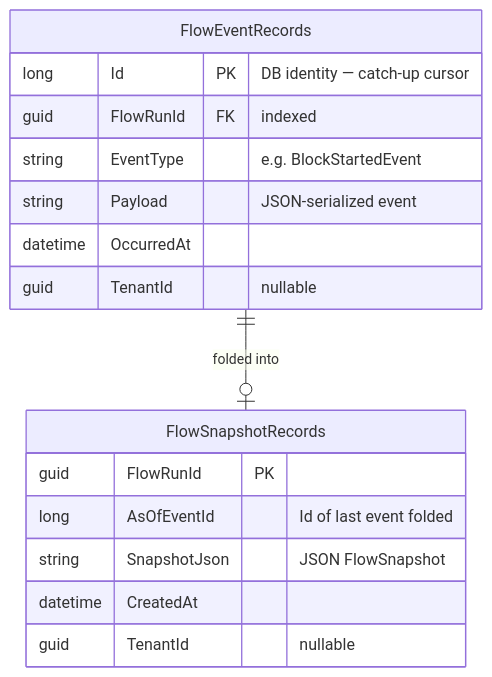
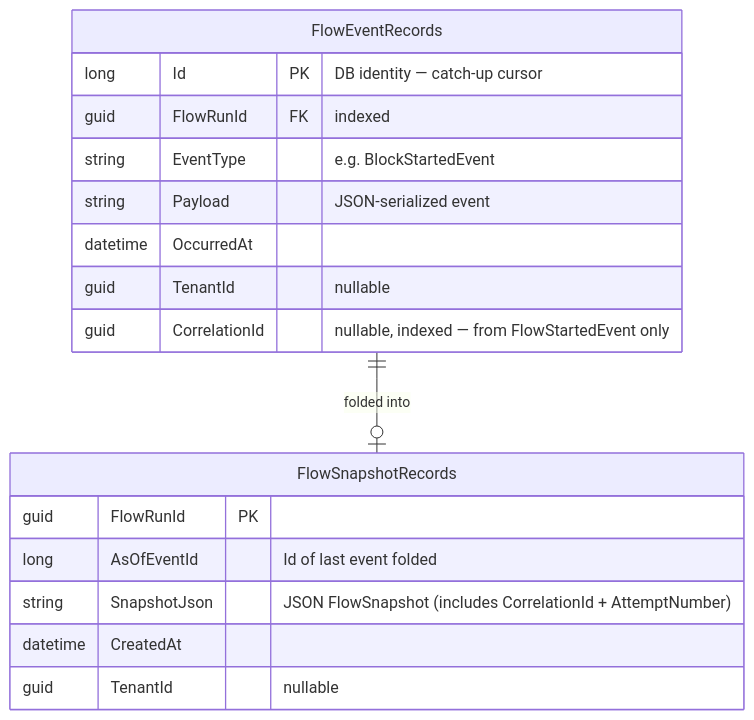
One commit to dazinator/DataFlow changed the sixth of 7 diagrams in poc/docs/design/flow-visualization.md. Above: the diagram before and after it, drawn with Mermaid. The commit also changed other lines of this file and 1 other file, not shown here.

First line of the commit message:
docs: update flow visualization docs for CorrelationId + AttemptNumber

````diff
--- a/poc/docs/design/flow-visualization.md
+++ b/poc/docs/design/flow-visualization.md
@@ -231,21 +245,22 @@
 ```mermaid
 erDiagram
     FlowEventRecords {
-        long    Id          PK "DB identity — catch-up cursor"
-        guid    FlowRunId   FK "indexed"
-        string  EventType      "e.g. BlockStartedEvent"
-        string  Payload        "JSON-serialized event"
+        long    Id             PK "DB identity — catch-up cursor"
+        guid    FlowRunId      FK "indexed"
+        string  EventType         "e.g. BlockStartedEvent"
+        string  Payload           "JSON-serialized event"
         datetime OccurredAt
-        guid    TenantId    "nullable"
+        guid    TenantId       "nullable"
+        guid    CorrelationId  "nullable, indexed — from FlowStartedEvent only"
     }
 
     FlowSnapshotRecords {
         guid    FlowRunId   PK
         long    AsOfEventId    "Id of last event folded"
-        string  SnapshotJson   "JSON FlowSnapshot"
+        string  SnapshotJson   "JSON FlowSnapshot (includes CorrelationId + AttemptNumber)"
         datetime CreatedAt
         guid    TenantId    "nullable"
     }
 
     FlowEventRecords ||--o| FlowSnapshotRecords : "folded into"
 ```
````
